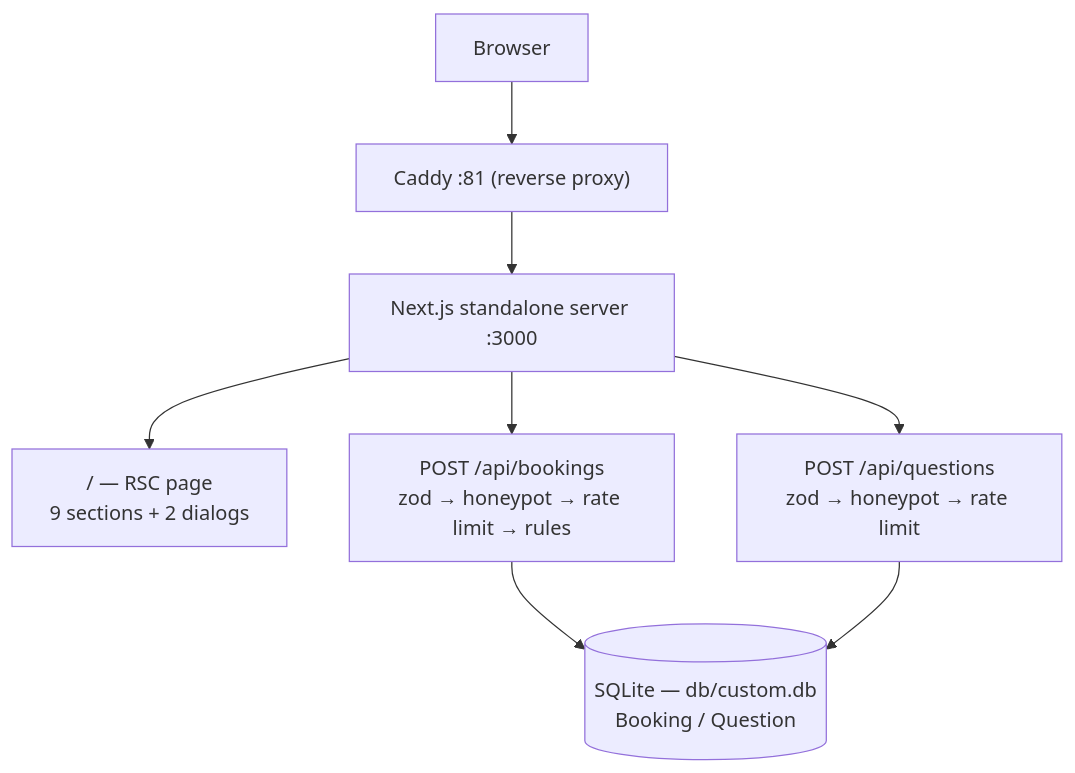
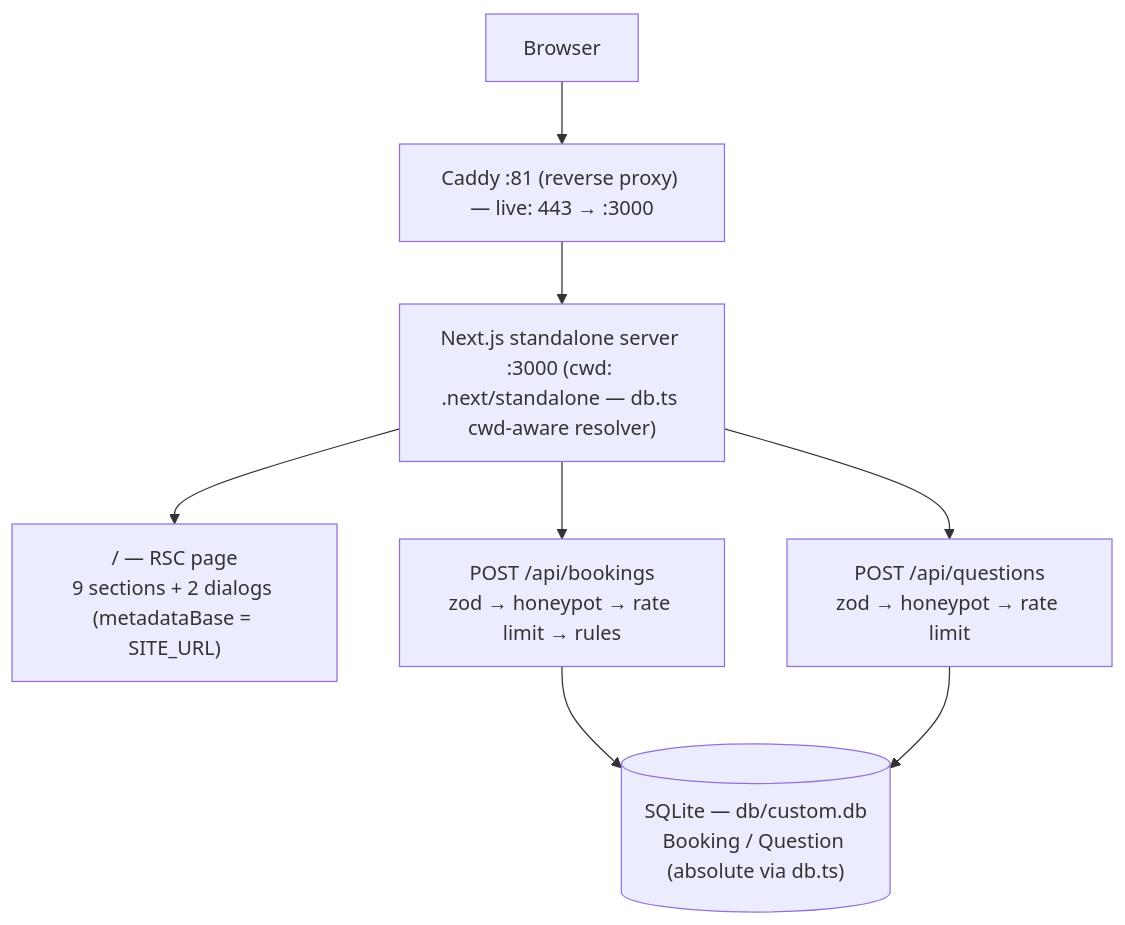
One commit to nordeim/car-care changed the diagram in README.md. Above: the diagram before and after it, drawn with Mermaid. The commit also changed other lines of this file and 4 other files, not shown here.

First line of the commit message:
docs: align AGENTS/CLAUDE/README/SKILL/PRD with live URL and DB fixes

````diff
--- a/README.md
+++ b/README.md
@@ -48,10 +50,10 @@
 ```mermaid
 flowchart TB
-    B["Browser"] --> C["Caddy :81 (reverse proxy)"]
-    C --> N["Next.js standalone server :3000"]
-    N --> P["/ — RSC page<br/>9 sections + 2 dialogs"]
+    B["Browser"] --> C["Caddy :81 (reverse proxy) — live: 443 → :3000"]
+    C --> N["Next.js standalone server :3000 (cwd: .next/standalone — db.ts cwd-aware resolver)"]
+    N --> P["/ — RSC page<br/>9 sections + 2 dialogs (metadataBase = SITE_URL)"]
     N --> A1["POST /api/bookings<br/>zod → honeypot → rate limit → rules"]
     N --> A2["POST /api/questions<br/>zod → honeypot → rate limit"]
-    A1 --> D[("SQLite — db/custom.db<br/>Booking / Question")]
+    A1 --> D[("SQLite — db/custom.db<br/>Booking / Question (absolute via db.ts)")]
     A2 --> D
 ```
````
